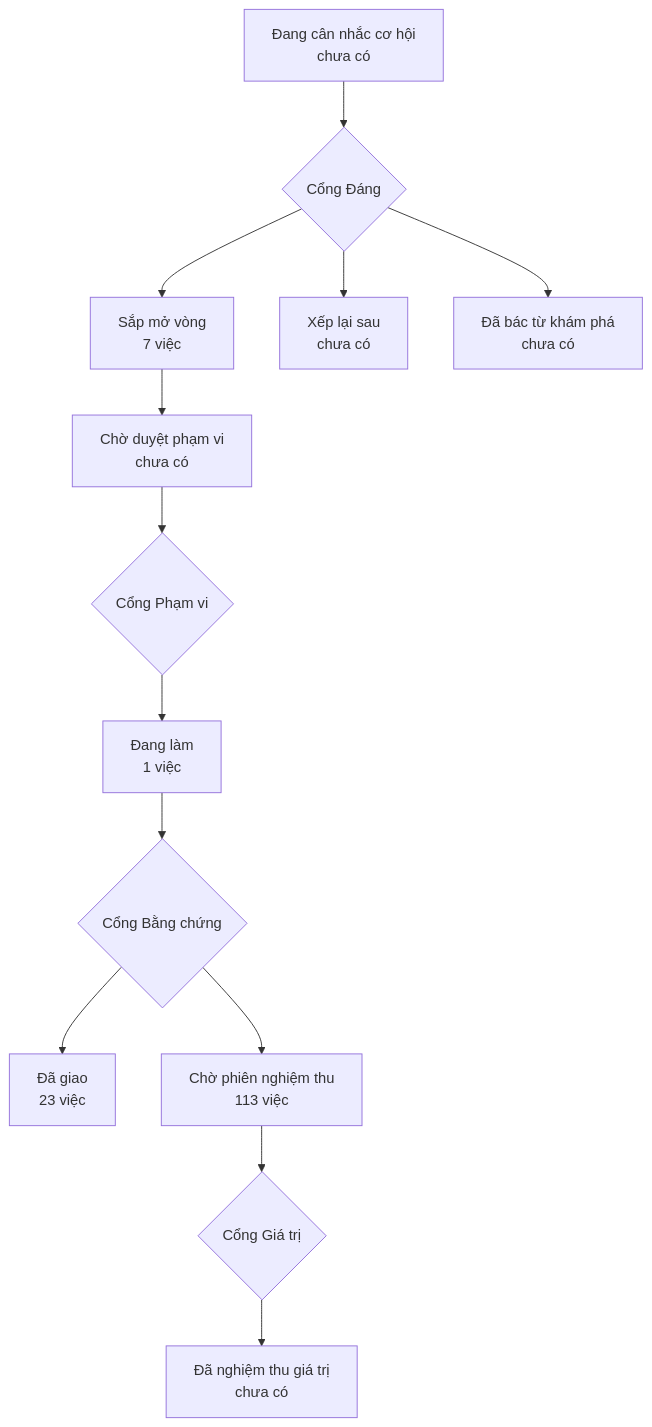
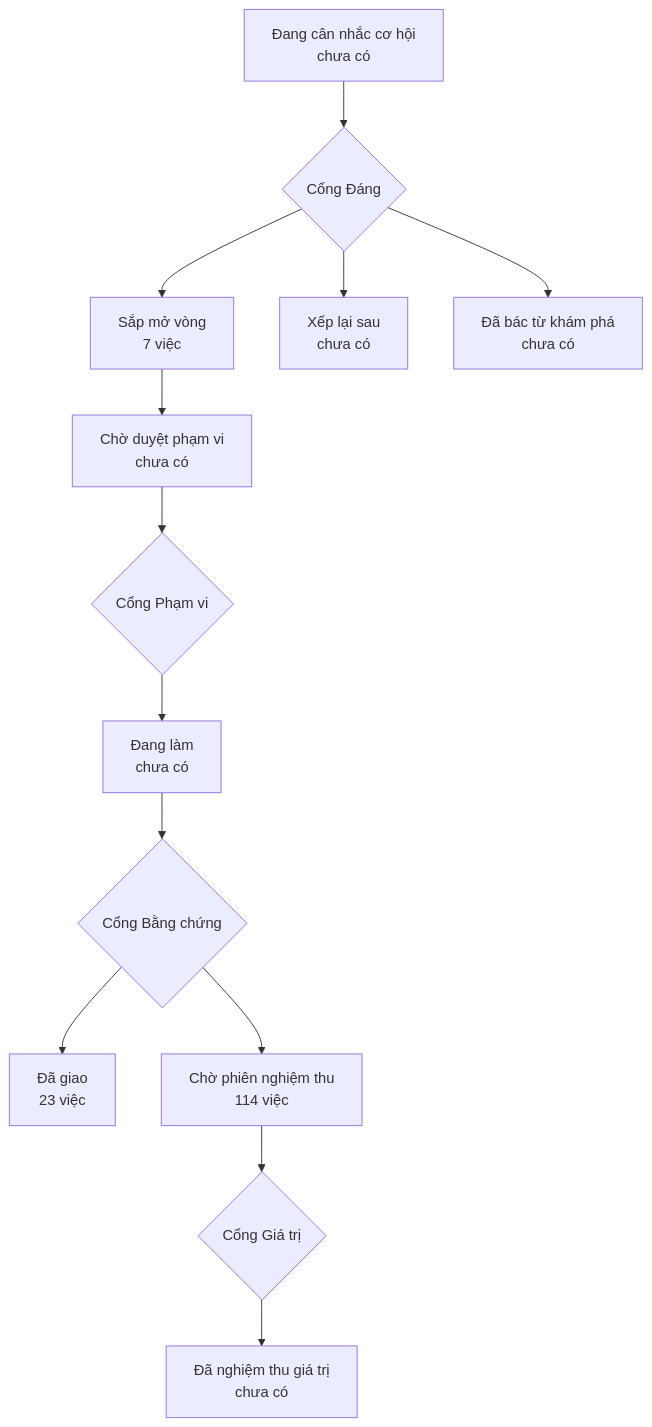
The diagram in PRODUCT-MAP.md (phanlemanh/onehub-quy-hang), drawn with Mermaid before and after one commit. The commit also changed other lines of this file and 4 other files, not shown here.

````diff
--- a/PRODUCT-MAP.md
+++ b/PRODUCT-MAP.md
@@ -7,12 +7,12 @@
 ```mermaid
 flowchart TD
   A["Đang cân nhắc cơ hội<br/>chưa có"] --> GD{"Cổng Đáng"}
   GD --> B["Sắp mở vòng<br/>7 việc"]
   GD --> XL["Xếp lại sau<br/>chưa có"]
   GD --> DB["Đã bác từ khám phá<br/>chưa có"]
   B --> CD["Chờ duyệt phạm vi<br/>chưa có"] --> GP{"Cổng Phạm vi"}
-  GP --> DL["Đang làm<br/>1 việc"] --> GB{"Cổng Bằng chứng"}
+  GP --> DL["Đang làm<br/>chưa có"] --> GB{"Cổng Bằng chứng"}
   GB --> DG["Đã giao<br/>23 việc"]
-  GB --> CN["Chờ phiên nghiệm thu<br/>113 việc"] --> GG{"Cổng Giá trị"}
+  GB --> CN["Chờ phiên nghiệm thu<br/>114 việc"] --> GG{"Cổng Giá trị"}
   GG --> NT["Đã nghiệm thu giá trị<br/>chưa có"]
 ```
````
